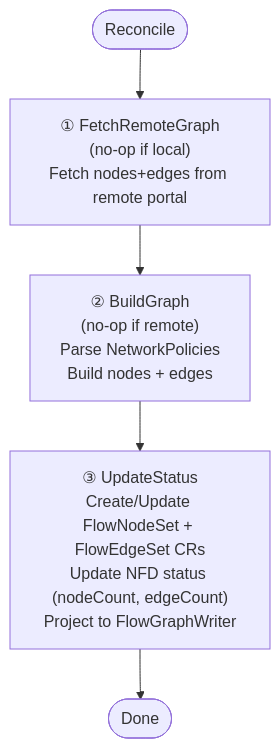
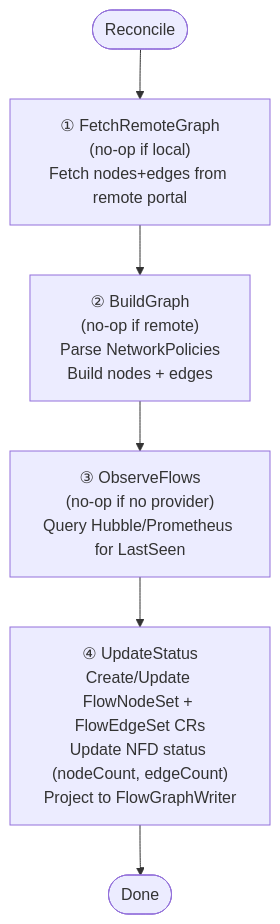
Before and after one commit to golgoth31/sreportal: the second of 2 diagrams in docs/content/docs/flows/network-flow-discovery.md, drawn with Mermaid. The commit also changed other lines of this file and 28 other files, not shown here.

First line of the commit message:
feat(netpol): add LastSeen timestamp to flow edges (#201)

````diff
--- a/docs/content/docs/flows/network-flow-discovery.md
+++ b/docs/content/docs/flows/network-flow-discovery.md
@@ -29,7 +29,8 @@
 ```mermaid
 flowchart TD
     Start([Reconcile]) --> H1
     H1["① FetchRemoteGraph\n(no-op if local)\nFetch nodes+edges from remote portal"] --> H2
     H2["② BuildGraph\n(no-op if remote)\nParse NetworkPolicies\nBuild nodes + edges"] --> H3
-    H3["③ UpdateStatus\nCreate/Update FlowNodeSet + FlowEdgeSet CRs\nUpdate NFD status (nodeCount, edgeCount)\nProject to FlowGraphWriter"] --> Done([Done])
+    H3["③ ObserveFlows\n(no-op if no provider)\nQuery Hubble/Prometheus for LastSeen"] --> H4
+    H4["④ UpdateStatus\nCreate/Update FlowNodeSet + FlowEdgeSet CRs\nUpdate NFD status (nodeCount, edgeCount)\nProject to FlowGraphWriter"] --> Done([Done])
 ```
````
